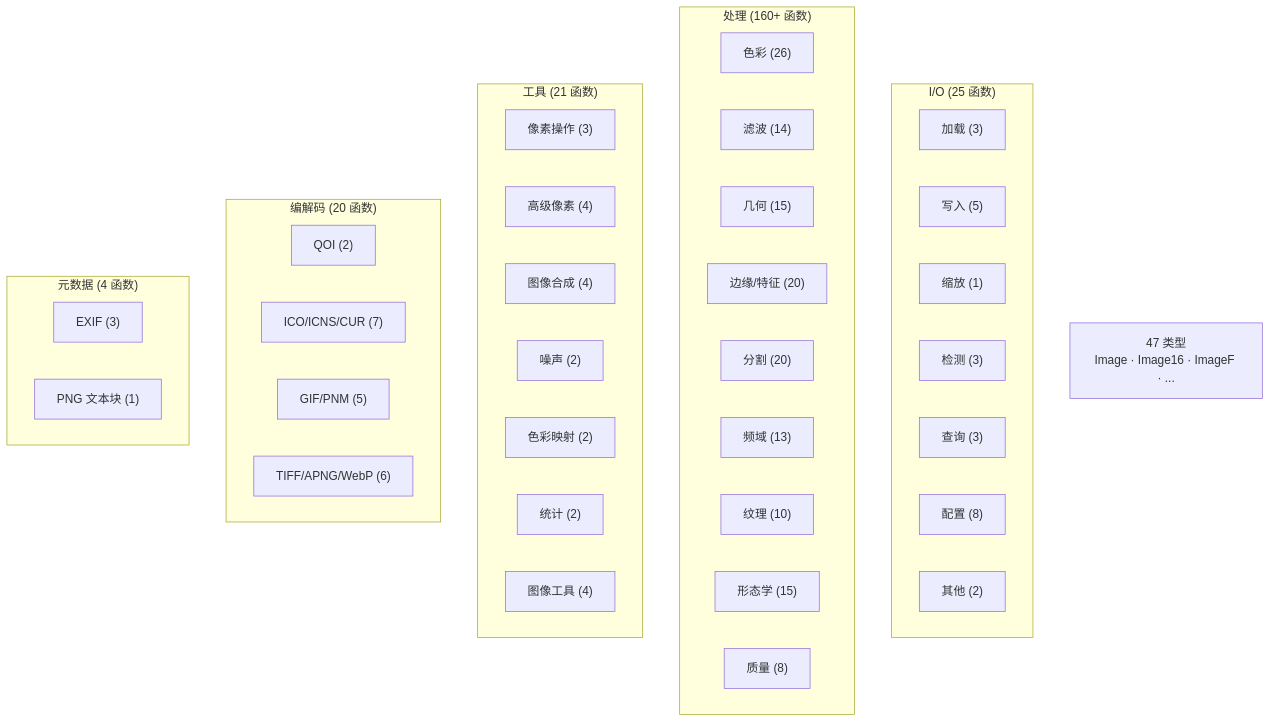
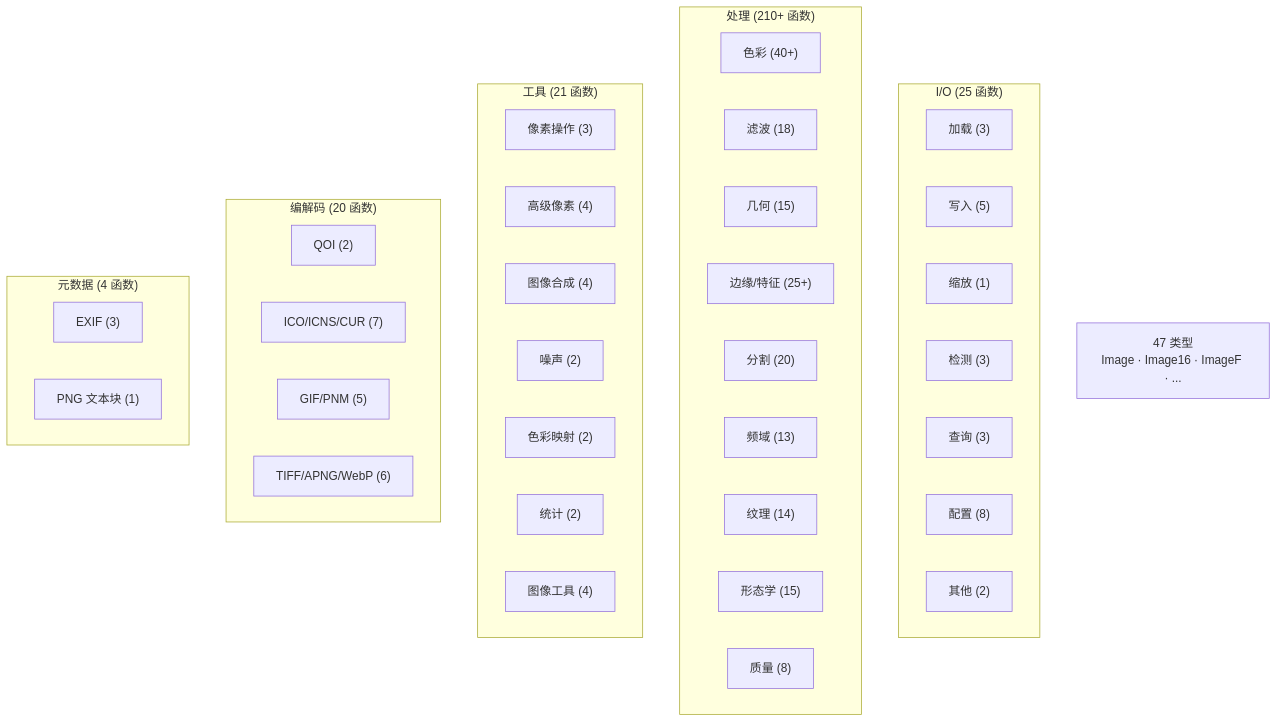
One commit to toadium/stb-image changed diagram 13 of 14 in docs/architecture.md. Above: the diagram before and after it, drawn with Mermaid. The commit also changed other lines of this file and 1 other file, not shown here.

First line of the commit message:
文档: 完善 architecture.md 架构图 — mindmap/流水线/格式检测图

````diff
--- a/docs/architecture.md
+++ b/docs/architecture.md
@@ -392,48 +412,48 @@
 ```mermaid
 flowchart TB
     subgraph IO["I/O (25 函数)"]
         Load["加载 (3)"]
         Write["写入 (5)"]
         Resize["缩放 (1)"]
         Detect["检测 (3)"]
         Query["查询 (3)"]
         Config["配置 (8)"]
         FileIO["其他 (2)"]
     end
 
-    subgraph Proc["处理 (160+ 函数)"]
-        Color["色彩 (26)"]
-        Filter["滤波 (14)"]
+    subgraph Proc["处理 (210+ 函数)"]
+        Color["色彩 (40+)"]
+        Filter["滤波 (18)"]
         Geo["几何 (15)"]
-        Edge["边缘/特征 (20)"]
+        Edge["边缘/特征 (25+)"]
         Seg["分割 (20)"]
         Freq["频域 (13)"]
-        Tex["纹理 (10)"]
+        Tex["纹理 (14)"]
         Morph["形态学 (15)"]
         Qual["质量 (8)"]
     end
 
     subgraph UtilFn["工具 (21 函数)"]
         Pixel["像素操作 (3)"]
         PixelAdv["高级像素 (4)"]
         Compose["图像合成 (4)"]
         Noise["噪声 (2)"]
         ColorMap["色彩映射 (2)"]
         Stats["统计 (2)"]
         UtilMisc["图像工具 (4)"]
     end
 
     subgraph Codec["编解码 (20 函数)"]
         QOI["QOI (2)"]
         ICO["ICO/ICNS/CUR (7)"]
         GIF["GIF/PNM (5)"]
         TIFF["TIFF/APNG/WebP (6)"]
     end
 
     subgraph MetaFn["元数据 (4 函数)"]
         EXIF["EXIF (3)"]
         PNG["PNG 文本块 (1)"]
     end
 
     Types["47 类型<br/>Image · Image16 · ImageF · ..."]
 ```
````
